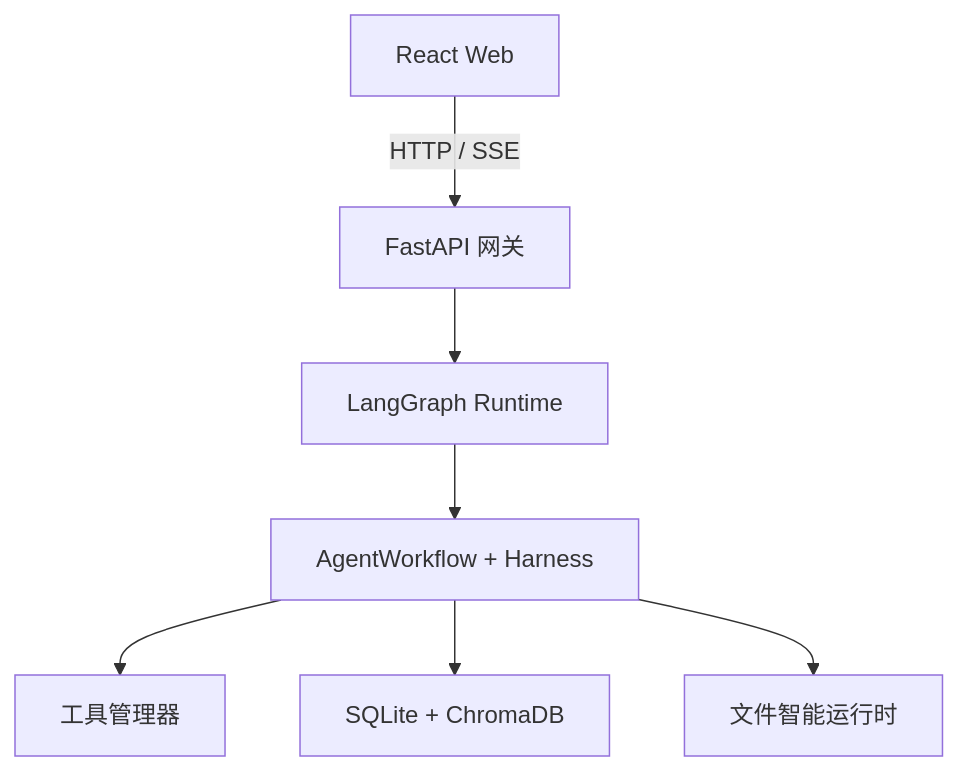
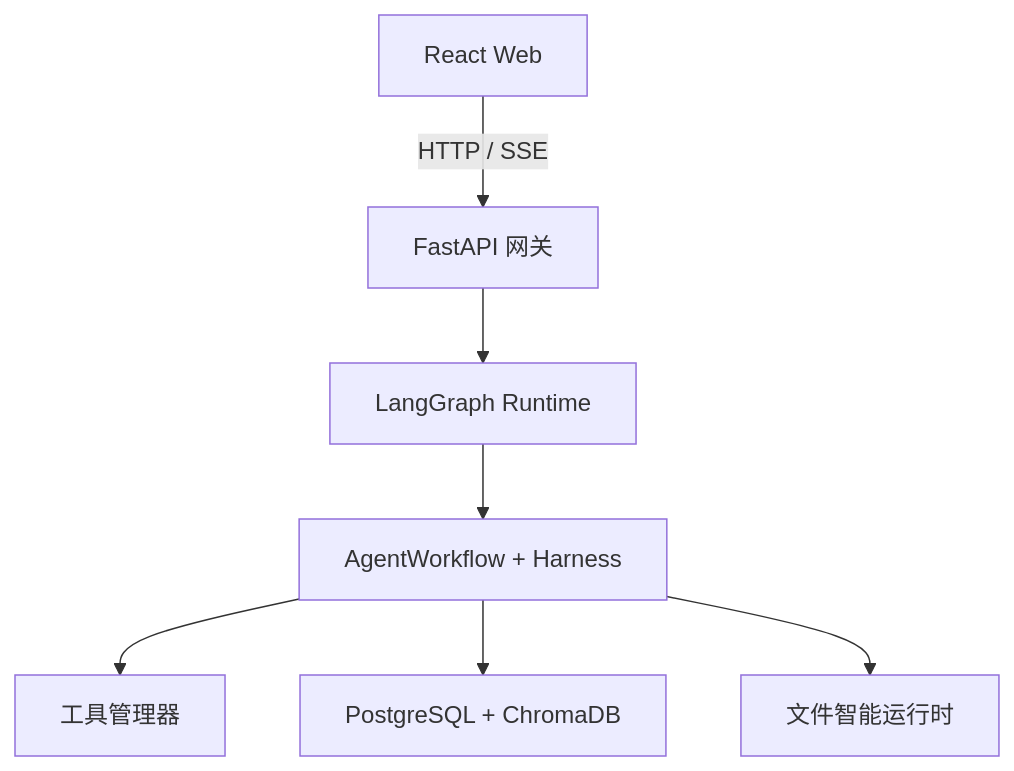
The diagram in README.md (doubleu8190/Athena), drawn with Mermaid before and after one commit. The commit also changed other lines of this file and 44 other files, not shown here.

````diff
--- a/README.md
+++ b/README.md
@@ -17,17 +17,17 @@
 ```mermaid
 flowchart TB
     UI[React Web]
     API[FastAPI 网关]
     Agent[AgentWorkflow + Harness]
     Tools[工具管理器]
-    Storage[SQLite + ChromaDB]
+    Storage[PostgreSQL + ChromaDB]
     Files[文件智能运行时]
     Runtime[LangGraph Runtime]
 
     UI -->|HTTP / SSE| API
     API --> Runtime
     Runtime --> Agent
     Agent --> Tools
     Agent --> Storage
     Agent --> Files
 ```
````
